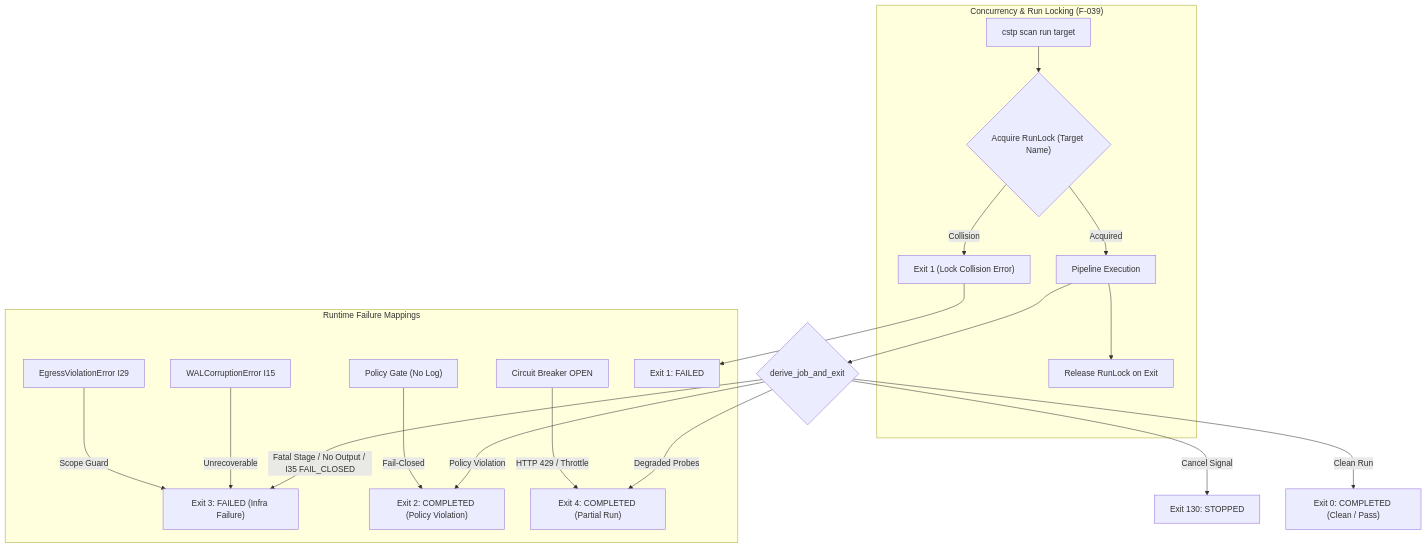
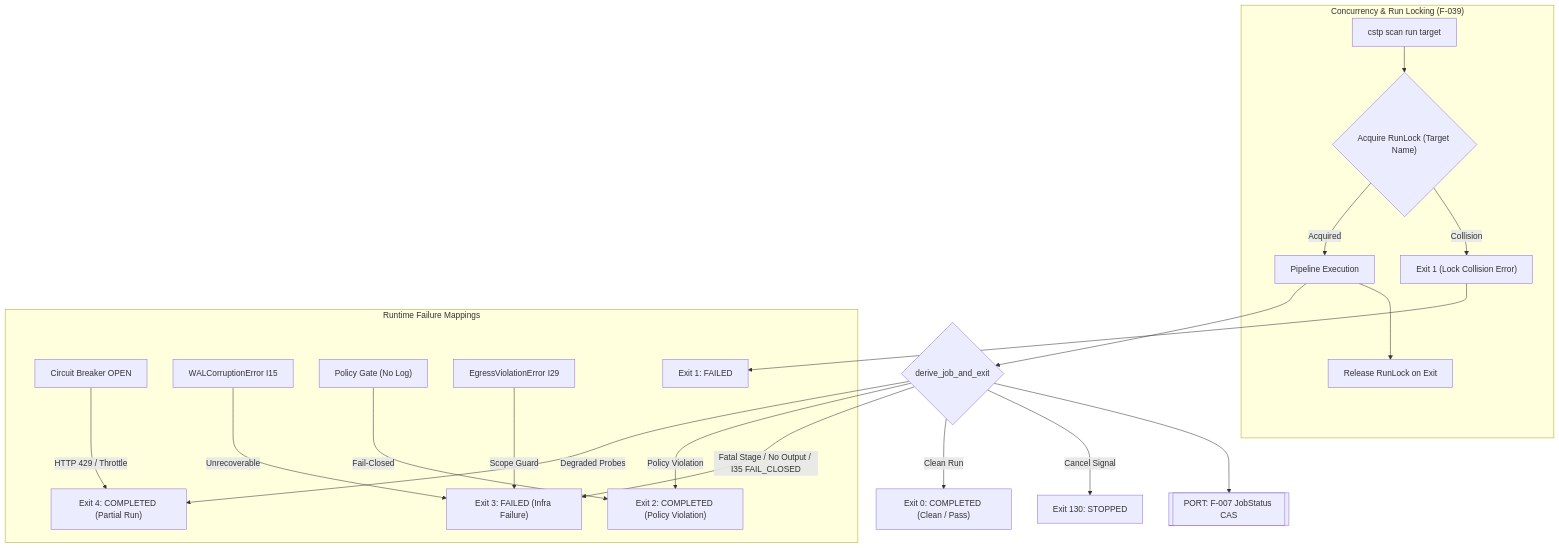
The eighth of 14 diagrams in docs/flowchart.md (AviralGup7/Singularity-Zero), drawn with Mermaid before and after one commit. The commit also changed other lines of this file, not shown here.

Commit message:
docs(atlas): resolve graph underspecifications U1-U6 with formal contracts, matrices and typed authority taxonomy

````diff
--- a/docs/flowchart.md
+++ b/docs/flowchart.md
@@ -480,24 +547,25 @@
 ```mermaid
 flowchart TD
     subgraph Concurrency["Concurrency & Run Locking (F-039)"]
         ScanReq["cstp scan run target"]:::impl --> Acquire{"Acquire RunLock (Target Name)"}:::impl
         Acquire -->|Collision| CollisionExit["Exit 1 (Lock Collision Error)"]:::forbidden
         Acquire -->|Acquired| Run["Pipeline Execution"]:::impl
         Run --> ReleaseLock["Release RunLock on Exit"]:::impl
     end
 
     Run --> Precedence{"derive_job_and_exit"}:::impl
+    Precedence --> PORT_F007_CAS[["PORT: F-007 JobStatus CAS"]]
     Precedence -->|Cancel Signal| Exit130["Exit 130: STOPPED"]:::impl
     Precedence -->|Fatal Stage / No Output / I35 FAIL_CLOSED| Exit3["Exit 3: FAILED (Infra Failure)"]:::impl
     Precedence -->|Policy Violation| Exit2["Exit 2: COMPLETED (Policy Violation)"]:::impl
     Precedence -->|Degraded Probes| Exit4["Exit 4: COMPLETED (Partial Run)"]:::impl
     Precedence -->|Clean Run| Exit0["Exit 0: COMPLETED (Clean / Pass)"]:::impl
     
     subgraph ErrorMap["Runtime Failure Mappings"]
         CB["Circuit Breaker OPEN"]:::forbidden -->|"HTTP 429 / Throttle"| Exit4
         WAL["WALCorruptionError I15"]:::forbidden -->|"Unrecoverable"| Exit3
         Pol["Policy Gate (No Log)"]:::forbidden -->|"Fail-Closed"| Exit2
         Egress["EgressViolationError I29"]:::forbidden -->|"Scope Guard"| Exit3
         CollisionExit --> Exit1["Exit 1: FAILED"]:::impl
     end
 ```
````
